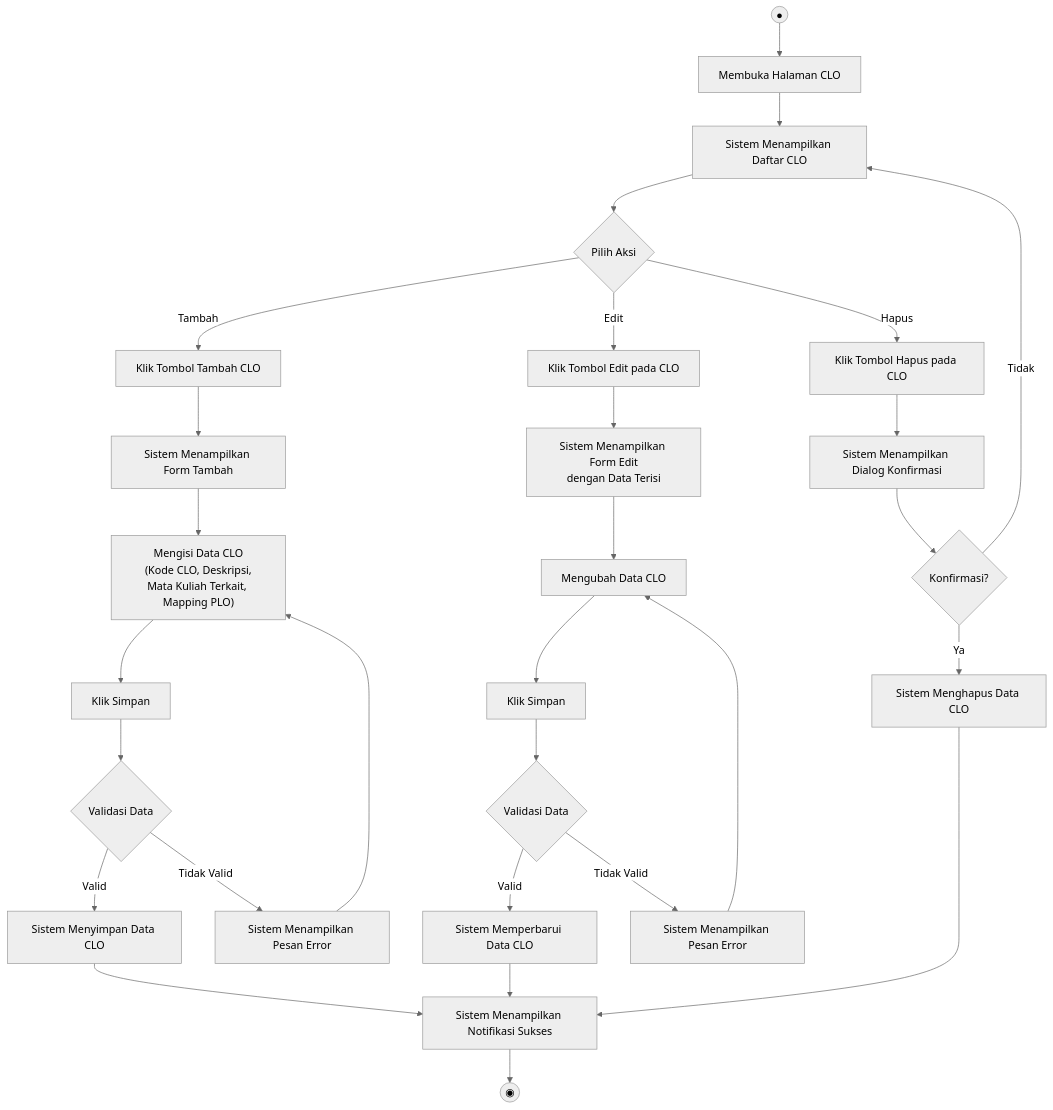
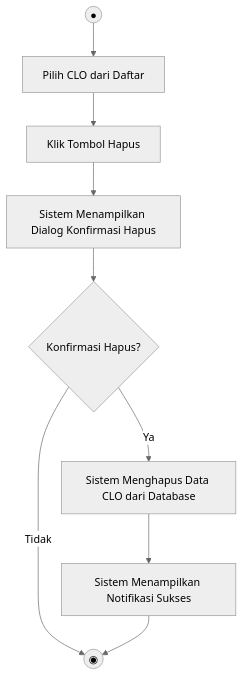
The sixth of 32 diagrams in activity_diagrams.md (alexiusprst-tech/dashboard_verif), drawn with Mermaid (neutral theme) before and after one commit. The commit also changed other lines of this file and 6 other files, not shown here.

Commit message:
ada beberapa perubahan : 1. penambahan PLO dan CLO.  2. Minor revisi di generate BA

````diff
--- a/activity_diagrams.md
+++ b/activity_diagrams.md
@@ -219,35 +139,11 @@
 ```mermaid
 flowchart TD
-    A(("●")) --> B["Membuka Halaman CLO"]
-    B --> C["Sistem Menampilkan Daftar CLO"]
-    C --> D{"Pilih Aksi"}
-
-    D -->|Tambah| E["Klik Tombol Tambah CLO"]
-    E --> F["Sistem Menampilkan Form Tambah"]
-    F --> G["Mengisi Data CLO\n(Kode CLO, Deskripsi,\nMata Kuliah Terkait, Mapping PLO)"]
-    G --> H["Klik Simpan"]
-    H --> I{"Validasi Data"}
-    I -->|Valid| J["Sistem Menyimpan Data CLO"]
-    J --> K["Sistem Menampilkan Notifikasi Sukses"]
-    I -->|Tidak Valid| L["Sistem Menampilkan Pesan Error"]
-    L --> G
-
-    D -->|Edit| M["Klik Tombol Edit pada CLO"]
-    M --> N["Sistem Menampilkan Form Edit\ndengan Data Terisi"]
-    N --> O["Mengubah Data CLO"]
-    O --> P["Klik Simpan"]
-    P --> Q{"Validasi Data"}
-    Q -->|Valid| R["Sistem Memperbarui Data CLO"]
-    R --> K
-    Q -->|Tidak Valid| S["Sistem Menampilkan Pesan Error"]
-    S --> O
-
-    D -->|Hapus| T["Klik Tombol Hapus pada CLO"]
-    T --> U["Sistem Menampilkan Dialog Konfirmasi"]
-    U --> V{"Konfirmasi?"}
-    V -->|Ya| W["Sistem Menghapus Data CLO"]
-    W --> K
-    V -->|Tidak| C
-
-    K --> Z(("◉"))
+    Start(("●")) --> SelectCLO["Pilih CLO dari Daftar"]
+    SelectCLO --> ClickDelete["Klik Tombol Hapus"]
+    ClickDelete --> ShowConfirm["Sistem Menampilkan Dialog Konfirmasi Hapus"]
+    ShowConfirm --> Confirm{"Konfirmasi Hapus?"}
+    Confirm -->|Ya| DeleteDB["Sistem Menghapus Data CLO dari Database"]
+    DeleteDB --> ShowSuccess["Sistem Menampilkan Notifikasi Sukses"]
+    Confirm -->|Tidak| End(("◉"))
+    ShowSuccess --> End
 ```
````
